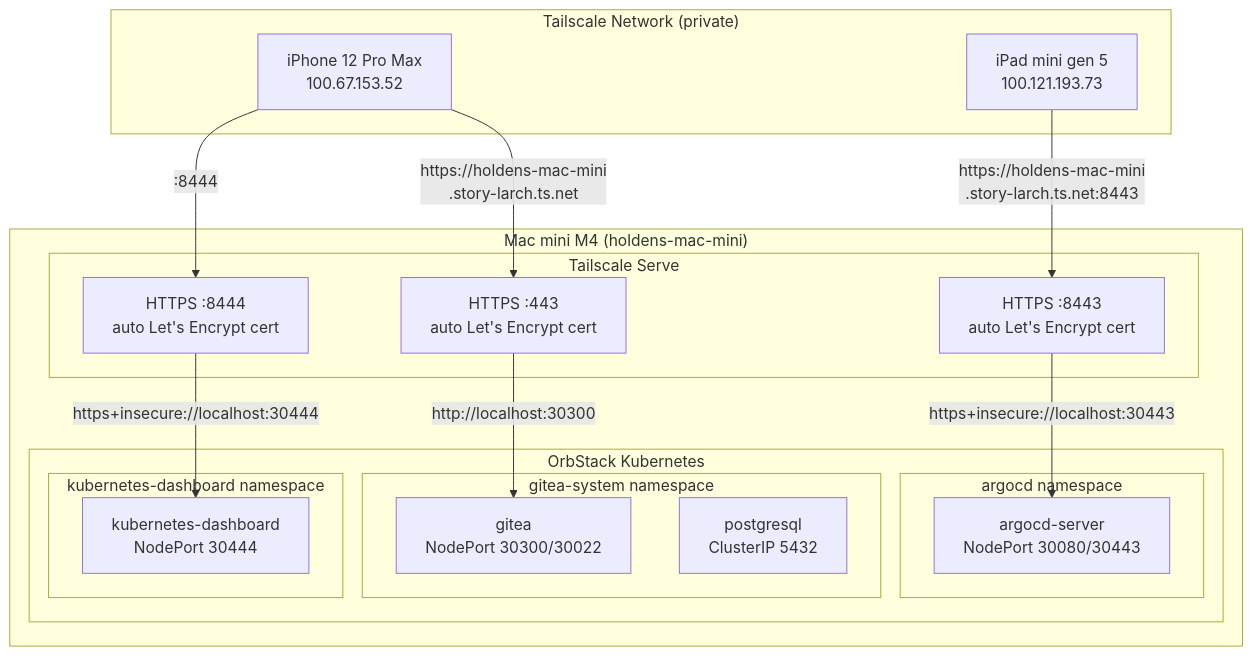
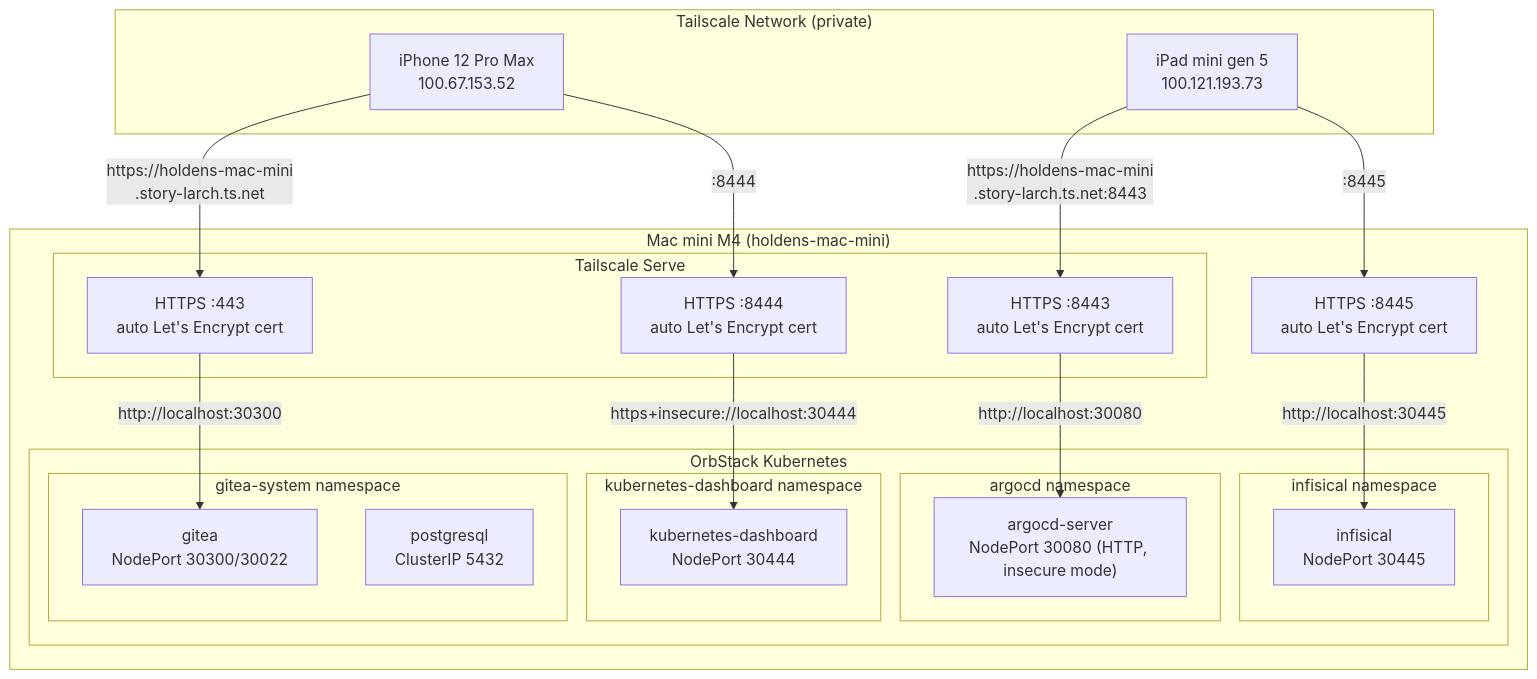
One commit to haingth77/homelab changed the first of 4 diagrams in docs/networking.md. Above: the diagram before and after it, drawn with Mermaid. The commit also changed other lines of this file and 12 other files, not shown here.

````diff
--- a/docs/networking.md
+++ b/docs/networking.md
@@ -20,36 +20,41 @@
 ```mermaid
 flowchart TD
     subgraph tailnet["Tailscale Network (private)"]
         iPhone["iPhone 12 Pro Max\n100.67.153.52"]
         iPad["iPad mini gen 5\n100.121.193.73"]
     end
 
     subgraph mac["Mac mini M4 (holdens-mac-mini)"]
         subgraph ts["Tailscale Serve"]
             TLS443["HTTPS :443\nauto Let's Encrypt cert"]
             TLS8443["HTTPS :8443\nauto Let's Encrypt cert"]
             TLS8444["HTTPS :8444\nauto Let's Encrypt cert"]
         end
 
         subgraph orbstack["OrbStack Kubernetes"]
             subgraph argocdNs["argocd namespace"]
-                ArgoCDSvc["argocd-server\nNodePort 30080/30443"]
+                ArgoCDSvc["argocd-server\nNodePort 30080 (HTTP, insecure mode)"]
             end
             subgraph giteaNs["gitea-system namespace"]
                 GiteaSvc["gitea\nNodePort 30300/30022"]
                 PgSvc["postgresql\nClusterIP 5432"]
             end
             subgraph dashNs["kubernetes-dashboard namespace"]
                 DashSvc["kubernetes-dashboard\nNodePort 30444"]
             end
+            subgraph infisicalNs["infisical namespace"]
+                InfisicalSvc["infisical\nNodePort 30445"]
+            end
         end
 
         TLS443 -- "http://localhost:30300" --> GiteaSvc
-        TLS8443 -- "https+insecure://localhost:30443" --> ArgoCDSvc
+        TLS8443 -- "http://localhost:30080" --> ArgoCDSvc
         TLS8444 -- "https+insecure://localhost:30444" --> DashSvc
+        TLS8445["HTTPS :8445\nauto Let's Encrypt cert"] -- "http://localhost:30445" --> InfisicalSvc
     end
 
     iPhone -- "https://holdens-mac-mini\n.story-larch.ts.net" --> TLS443
     iPad -- "https://holdens-mac-mini\n.story-larch.ts.net:8443" --> TLS8443
     iPhone -- ":8444" --> TLS8444
+    iPad -- ":8445" --> TLS8445
 ```
````
